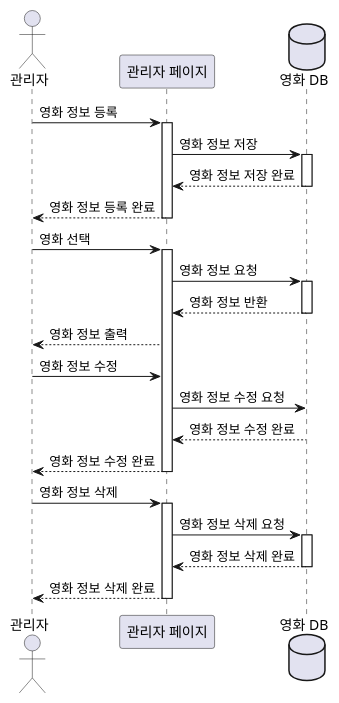
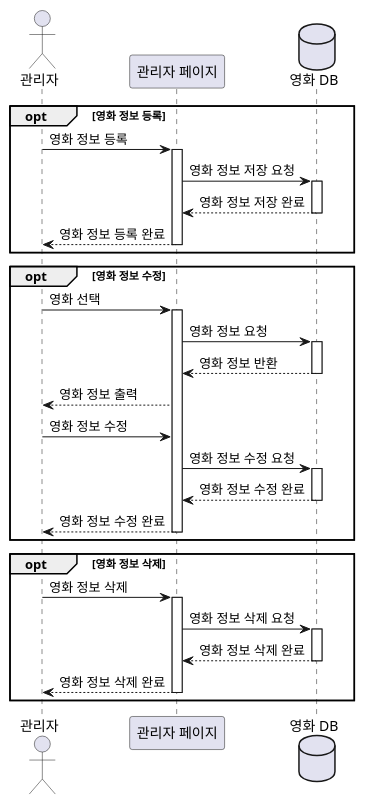
Before and after one commit to marmot8080/SWE: the diagram in src/sequence_manage.puml, drawn with PlantUML. The commit also changed 6 other files, not shown here.

Commit message:
Update sequence diagram

```diff
--- a/src/sequence_manage.puml
+++ b/src/sequence_manage.puml
@@ -1,38 +1,46 @@
 @startuml
 
 actor "관리자" as admin
 participant "관리자 페이지" as adminPage
 database "영화 DB" as db
 
+opt 영화 정보 등록
 admin -> adminPage : 영화 정보 등록
 activate adminPage
-adminPage -> db : 영화 정보 저장
+adminPage -> db : 영화 정보 저장 요청
 activate db
 db --> adminPage : 영화 정보 저장 완료
 deactivate db
 adminPage --> admin : 영화 정보 등록 완료
 deactivate adminPage
+end
 
+opt 영화 정보 수정
 admin -> adminPage : 영화 선택
 activate adminPage
 adminPage -> db : 영화 정보 요청
 activate db
 db --> adminPage : 영화 정보 반환
 deactivate db
 adminPage --> admin : 영화 정보 출력
 admin -> adminPage : 영화 정보 수정
 adminPage -> db : 영화 정보 수정 요청
+activate db
 db --> adminPage : 영화 정보 수정 완료
+deactivate db
 adminPage --> admin : 영화 정보 수정 완료
 deactivate adminPage
+end
 
+opt 영화 정보 삭제
 admin -> adminPage : 영화 정보 삭제
 activate adminPage
 adminPage -> db : 영화 정보 삭제 요청
 activate db
 db --> adminPage : 영화 정보 삭제 완료
 deactivate db
 adminPage --> admin : 영화 정보 삭제 완료
 deactivate adminPage
+end
 
 @enduml
```
